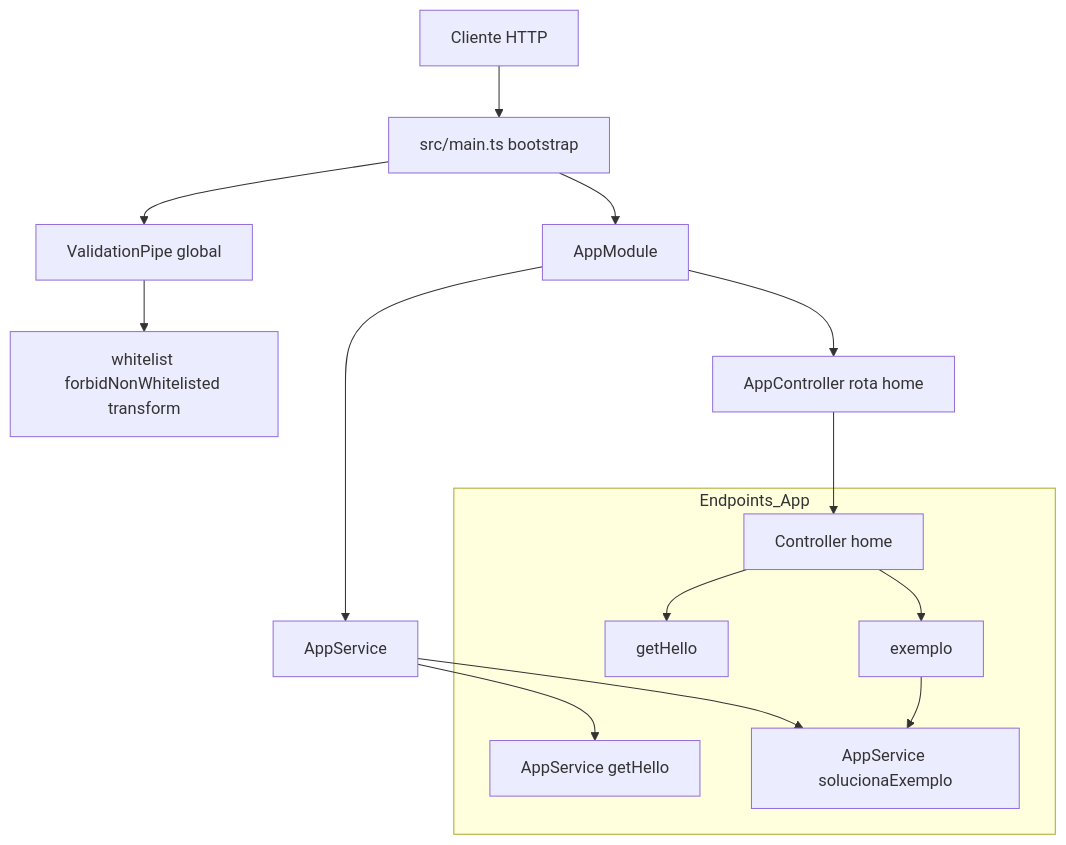
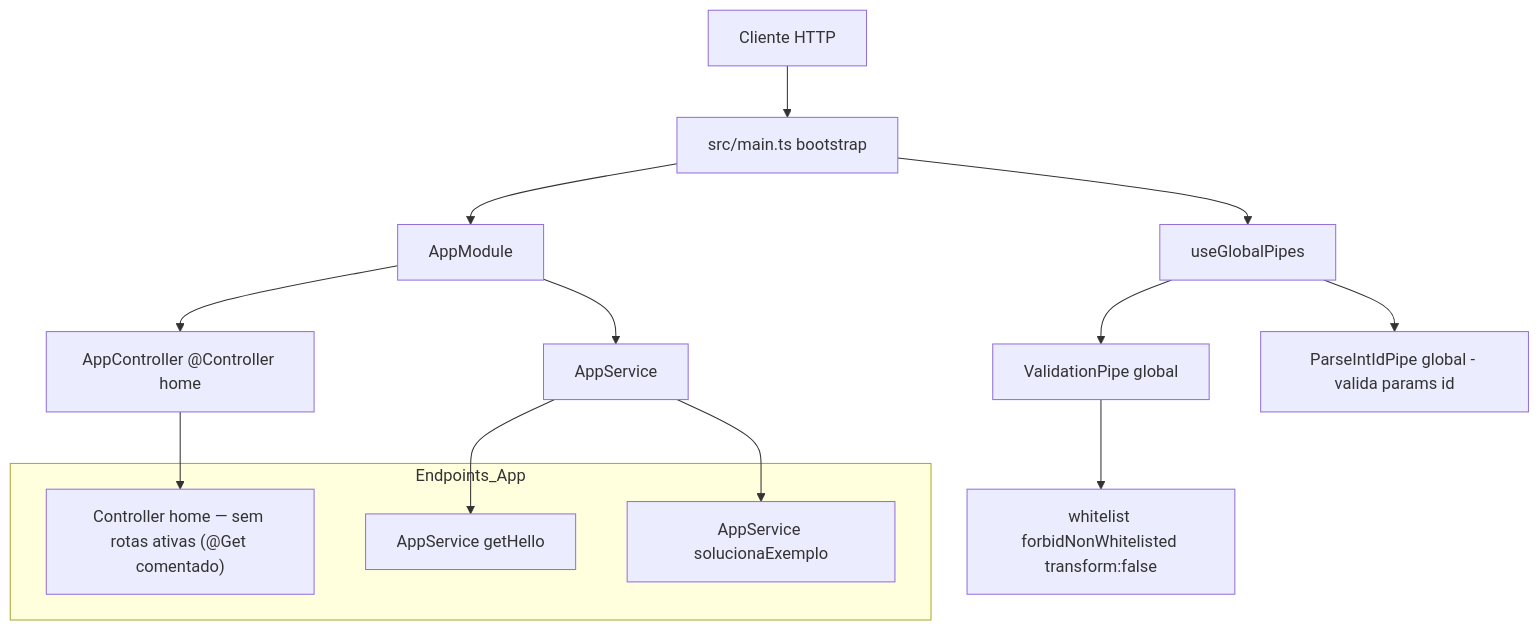
Before and after one commit to marreiro23/conceitos_nest: the diagram in docs/app/flow-app-completo.mmd, drawn with Mermaid. The commit also changed 21 other files, not shown here.

```diff
--- a/docs/app/flow-app-completo.mmd
+++ b/docs/app/flow-app-completo.mmd
@@ -1,30 +1,27 @@
 flowchart TB
   Client[Cliente HTTP]
   Main[src/main.ts bootstrap]
   Validation[ValidationPipe global]
-  Rules[whitelist forbidNonWhitelisted transform]
+  Rules[whitelist forbidNonWhitelisted transform:false]
   AppModule[AppModule]
-  AppController[AppController rota home]
+  AppController[AppController @Controller home]
   AppService[AppService]
 
   Client --> Main
   Main --> AppModule
-  Main --> Validation
+  Main --> GlobalPipes[useGlobalPipes]
+  GlobalPipes --> Validation
   Validation --> Rules
+  GlobalPipes --> ParseIntIdPipeGlobal[ParseIntIdPipe global - valida params id]
   AppModule --> AppController
   AppModule --> AppService
 
   subgraph Endpoints_App
-    HomeController[Controller home]
-    GetHello[getHello]
-    Exemplo[exemplo]
+    HomeController["Controller home — sem rotas ativas (@Get comentado)"]
     ServiceHello[AppService getHello]
     ServiceExemplo[AppService solucionaExemplo]
   end
 
   AppController --> HomeController
-  HomeController --> GetHello
-  HomeController --> Exemplo
-  Exemplo --> ServiceExemplo
   AppService --> ServiceHello
   AppService --> ServiceExemplo
```
